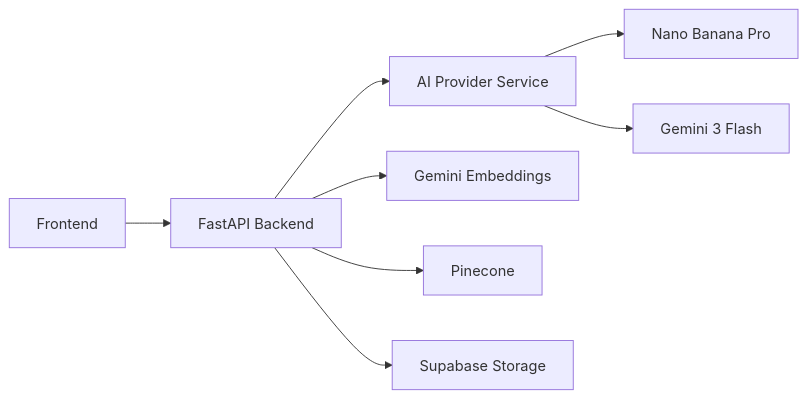
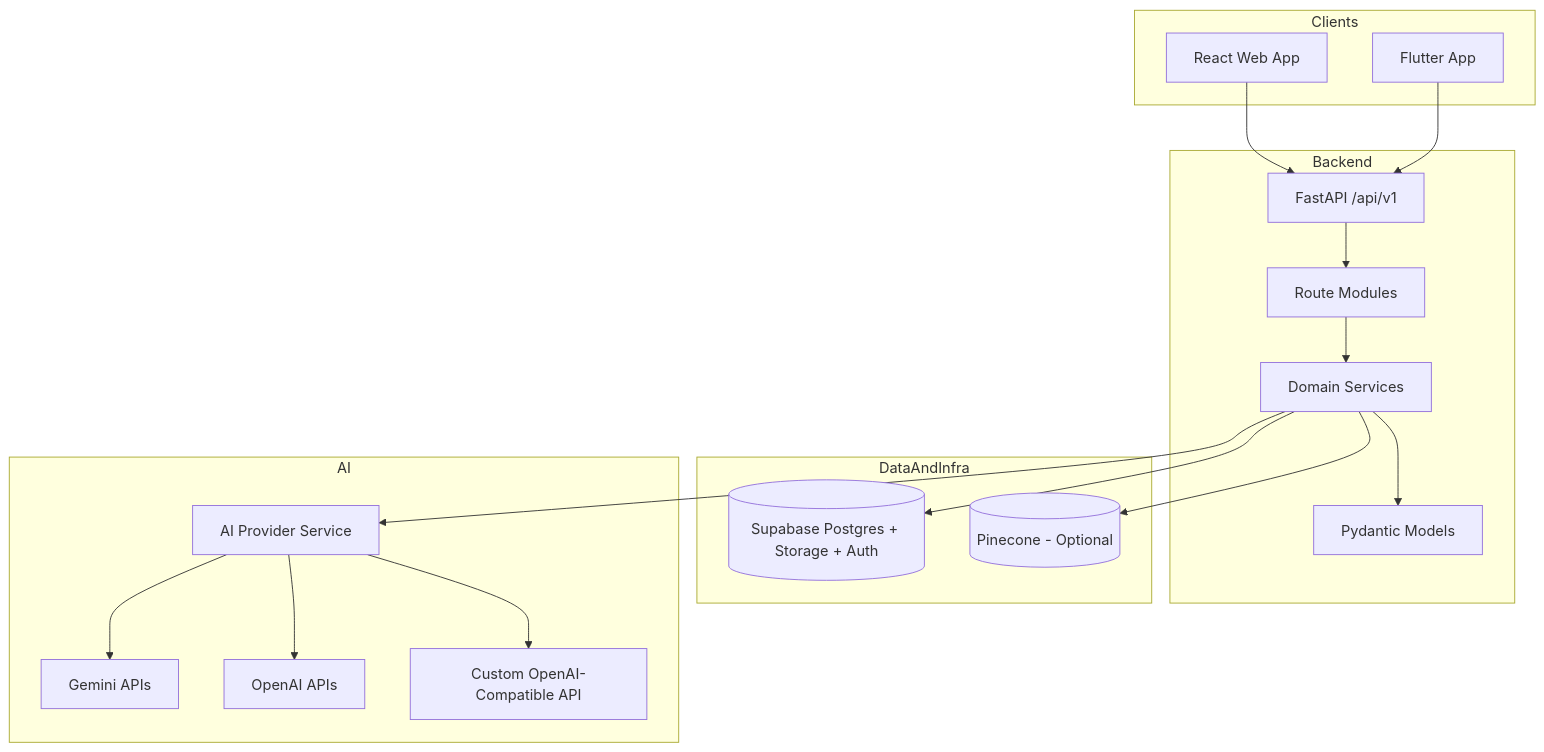
Before and after one commit to 360ghar/fitcheck-ai: the diagram in docs/2-technical/architecture.md, drawn with Mermaid. The commit also changed other lines of this file and 234 other files, not shown here.

````diff
--- a/docs/2-technical/architecture.md
+++ b/docs/2-technical/architecture.md
@@ -161,10 +19,38 @@
 ```mermaid
-graph LR
-    FE[Frontend] --> API[FastAPI Backend]
-    API --> AI_API[AI Provider Service]
-    AI_API --> NANO[Nano Banana Pro]
-    AI_API --> FLASH[Gemini 3 Flash]
-    API --> EMB[Gemini Embeddings]
-    API --> PINE[Pinecone]
-    API --> STORAGE[Supabase Storage]
+graph TB
+    subgraph Clients
+        WEB[React Web App]
+        MOBILE[Flutter App]
+    end
+
+    subgraph Backend
+        API[FastAPI /api/v1]
+        ROUTES[Route Modules]
+        SERVICES[Domain Services]
+        MODELS[Pydantic Models]
+    end
+
+    subgraph DataAndInfra
+        SUPABASE[(Supabase Postgres + Storage + Auth)]
+        PINECONE[(Pinecone - Optional)]
+    end
+
+    subgraph AI
+        PROVIDER[AI Provider Service]
+        GEMINI[Gemini APIs]
+        OPENAI[OpenAI APIs]
+        CUSTOM[Custom OpenAI-Compatible API]
+    end
+
+    WEB --> API
+    MOBILE --> API
+    API --> ROUTES
+    ROUTES --> SERVICES
+    SERVICES --> MODELS
+    SERVICES --> SUPABASE
+    SERVICES --> PINECONE
+    SERVICES --> PROVIDER
+    PROVIDER --> GEMINI
+    PROVIDER --> OPENAI
+    PROVIDER --> CUSTOM
 ```
````
